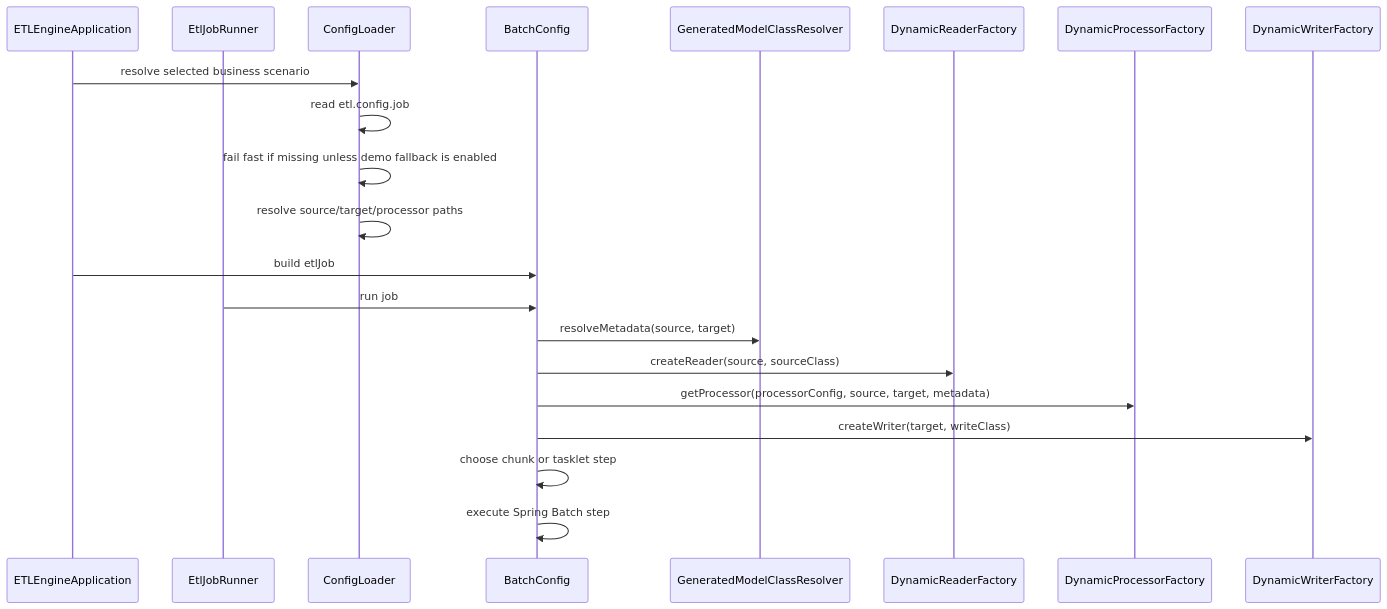
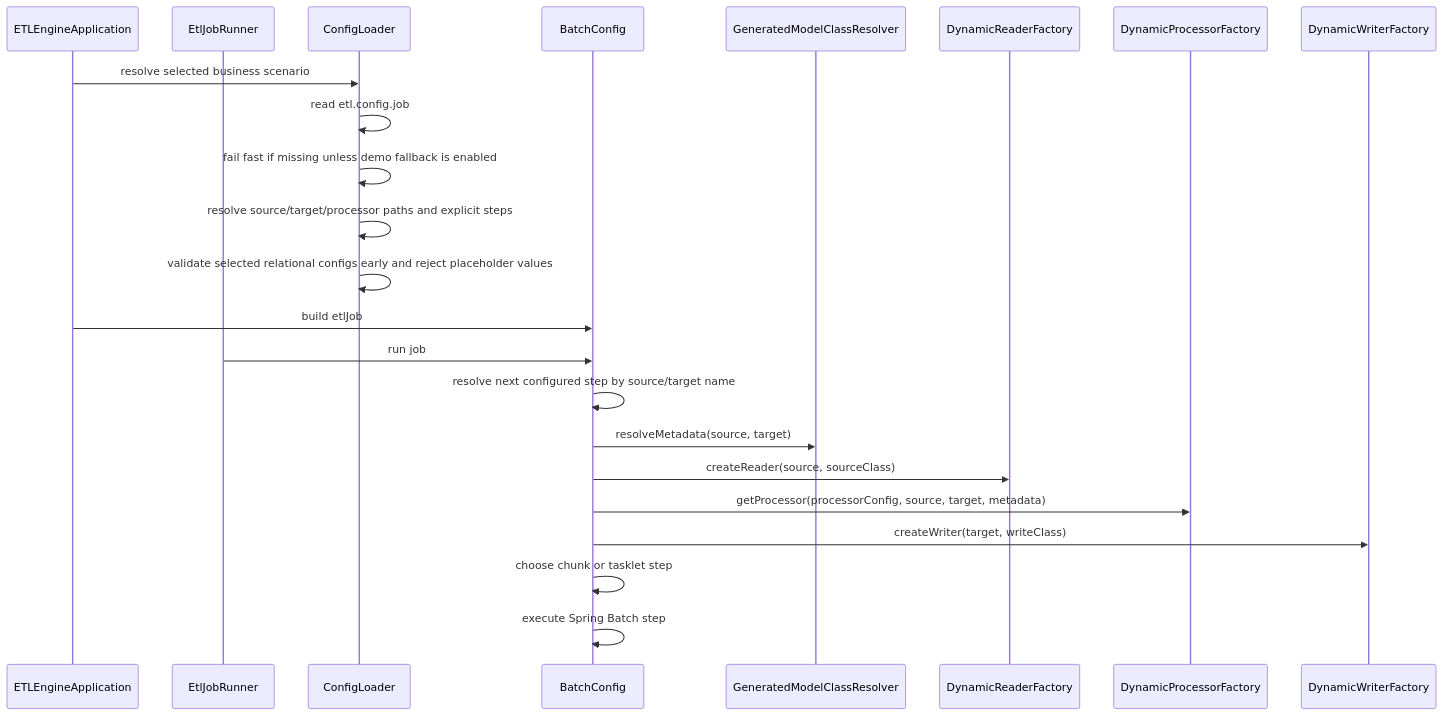
Before and after one commit to kbalanandam/spring-etl-engine: the second of 2 diagrams in docs/architecture/runtime-flow.md, drawn with Mermaid. The commit also changed other lines of this file and 32 other files, not shown here.

Commit message:
chore(release): finalize 1.3.0 with explicit-step orchestration and verification reporting

````diff
--- a/docs/architecture/runtime-flow.md
+++ b/docs/architecture/runtime-flow.md
@@ -42,24 +42,26 @@
 ```mermaid
 sequenceDiagram
     participant App as ETLEngineApplication
     participant Runner as EtlJobRunner
     participant Loader as ConfigLoader
     participant Batch as BatchConfig
     participant Resolver as GeneratedModelClassResolver
     participant ReaderF as DynamicReaderFactory
     participant ProcF as DynamicProcessorFactory
     participant WriterF as DynamicWriterFactory
 
     App->>Loader: resolve selected business scenario
     Loader->>Loader: read etl.config.job
     Loader->>Loader: fail fast if missing unless demo fallback is enabled
-    Loader->>Loader: resolve source/target/processor paths
+    Loader->>Loader: resolve source/target/processor paths and explicit steps
+    Loader->>Loader: validate selected relational configs early and reject placeholder values
     App->>Batch: build etlJob
     Runner->>Batch: run job
+    Batch->>Batch: resolve next configured step by source/target name
     Batch->>Resolver: resolveMetadata(source, target)
     Batch->>ReaderF: createReader(source, sourceClass)
     Batch->>ProcF: getProcessor(processorConfig, source, target, metadata)
     Batch->>WriterF: createWriter(target, writeClass)
     Batch->>Batch: choose chunk or tasklet step
     Batch->>Batch: execute Spring Batch step
 ```
````
